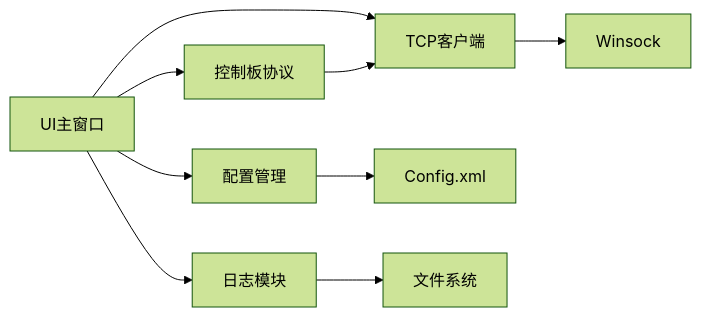
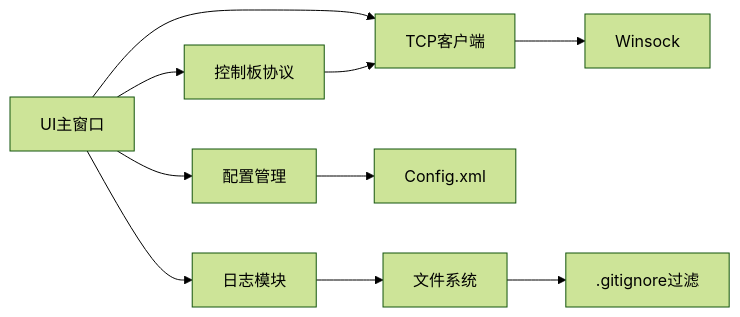
Before and after one commit to yangreest/Zero-value-Insulator-Robot-V2: the fifth of 5 diagrams in .qoder/repowiki/zh/content/用户手册/系统设置配置/系统设置配置.md, drawn with Mermaid (forest theme). The commit also changed other lines of this file and 4 other files, not shown here.

````diff
--- a/.qoder/repowiki/zh/content/用户手册/系统设置配置/系统设置配置.md
+++ b/.qoder/repowiki/zh/content/用户手册/系统设置配置/系统设置配置.md
@@ -263,11 +266,12 @@
 ```mermaid
 graph LR
 UI["UI主窗口"] --> CFG["配置管理"]
 UI --> COM["TCP客户端"]
 UI --> LOG["日志模块"]
 UI --> PROTO["控制板协议"]
 CFG --> XML["Config.xml"]
 COM --> NET["Winsock"]
 PROTO --> COM
 LOG --> FS["文件系统"]
+FS --> GIT[".gitignore过滤"]
 ```
````
